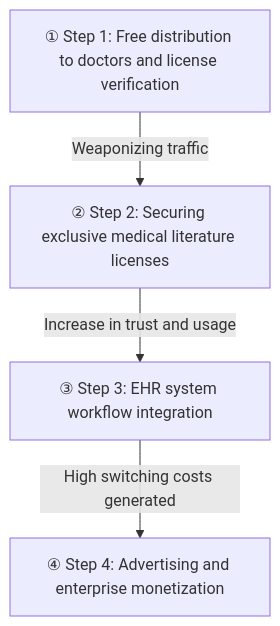
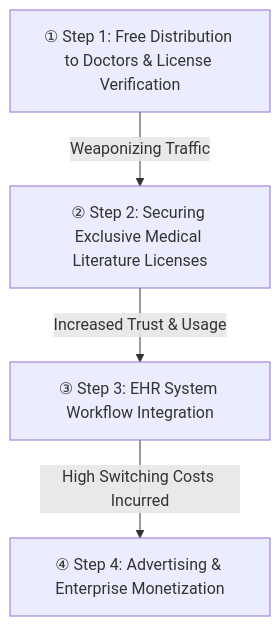
Before and after one commit to thishw/hw_insight: the diagram in content/posts/2026-08-13-vertical-ai-moat-openevidence.en.md, drawn with Mermaid. The commit also changed other lines of this file, not shown here.

First line of the commit message:
post: The True Moat of Vertical AI: The 4-Step Access Rights Strategy Proven by Openevidence

````diff
--- a/content/posts/2026-08-13-vertical-ai-moat-openevidence.en.md
+++ b/content/posts/2026-08-13-vertical-ai-moat-openevidence.en.md
@@ -67,6 +67,6 @@
 ```mermaid
 graph TD
-    A[① Step 1: Free distribution to doctors and license verification] -->|Weaponizing traffic| B[② Step 2: Securing exclusive medical literature licenses]
-    B -->|Increase in trust and usage| C[③ Step 3: EHR system workflow integration]
-    C -->|High switching costs generated| D[④ Step 4: Advertising and enterprise monetization]
+    A[① Step 1: Free Distribution to Doctors & License Verification] -->|Weaponizing Traffic| B[② Step 2: Securing Exclusive Medical Literature Licenses]
+    B -->|Increased Trust & Usage| C[③ Step 3: EHR System Workflow Integration]
+    C -->|High Switching Costs Incurred| D[④ Step 4: Advertising & Enterprise Monetization]
 ```
````
